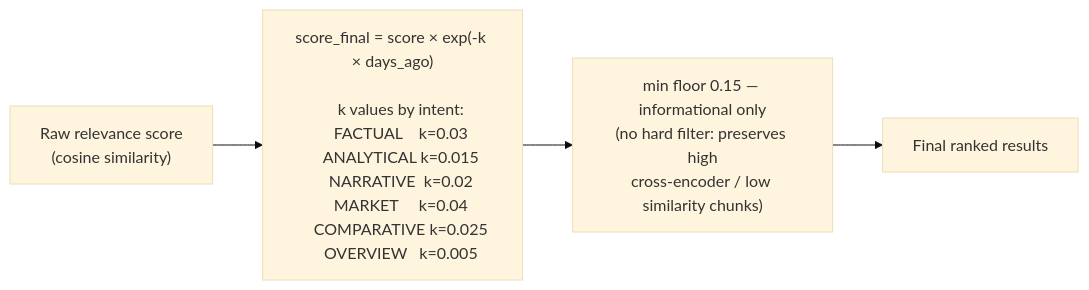
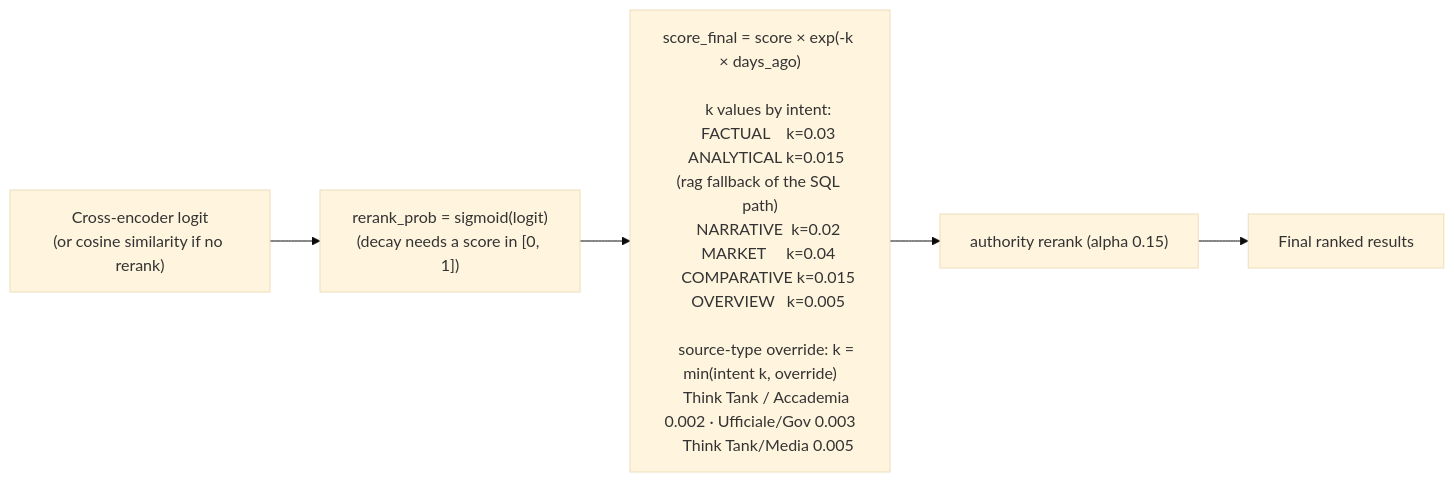
One commit to TommasoFazzi/MACROINTEL changed the fourth of 5 diagrams in docs/architecture/03_oracle.md. Above: the diagram before and after it, drawn with Mermaid (base theme). The commit also changed other lines of this file and 15 other files, not shown here.

Commit message:
fix(oracle): attributed rag_search digest, cite-or-omit prompt, decay fixes

````diff
--- a/docs/architecture/03_oracle.md
+++ b/docs/architecture/03_oracle.md
@@ -153,17 +157,22 @@
 ```mermaid
 flowchart LR
-    RAW["Raw relevance score\n(cosine similarity)"] --> DECAY
+    RAW["Cross-encoder logit\n(or cosine similarity if no rerank)"] --> SIG["rerank_prob = sigmoid(logit)\n(decay needs a score in [0, 1])"]
+    SIG --> DECAY
 
     DECAY["score_final = score × exp(-k × days_ago)
     
     k values by intent:
     FACTUAL    k=0.03
-    ANALYTICAL k=0.015
+    ANALYTICAL k=0.015 (rag fallback of the SQL path)
     NARRATIVE  k=0.02
     MARKET     k=0.04
-    COMPARATIVE k=0.025
-    OVERVIEW   k=0.005"]
+    COMPARATIVE k=0.015
+    OVERVIEW   k=0.005
 
-    DECAY --> FLOOR["min floor 0.15 — informational only\n(no hard filter: preserves high\ncross-encoder / low similarity chunks)"]
-    FLOOR --> RANK[Final ranked results]
+    source-type override: k = min(intent k, override)
+    Think Tank / Accademia 0.002 · Ufficiale/Gov 0.003
+    Think Tank/Media 0.005"]
+
+    DECAY --> AUTH["authority rerank (alpha 0.15)"]
+    AUTH --> RANK[Final ranked results]
 ```
````
